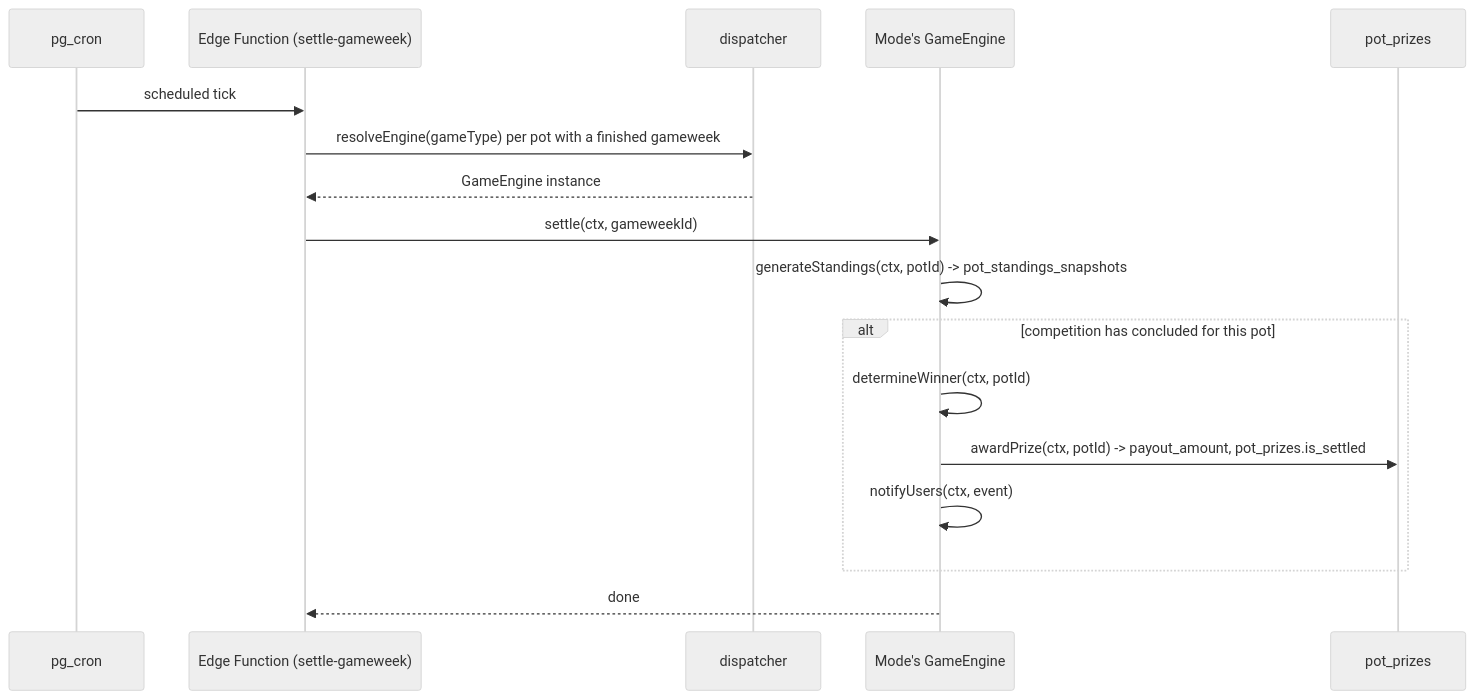
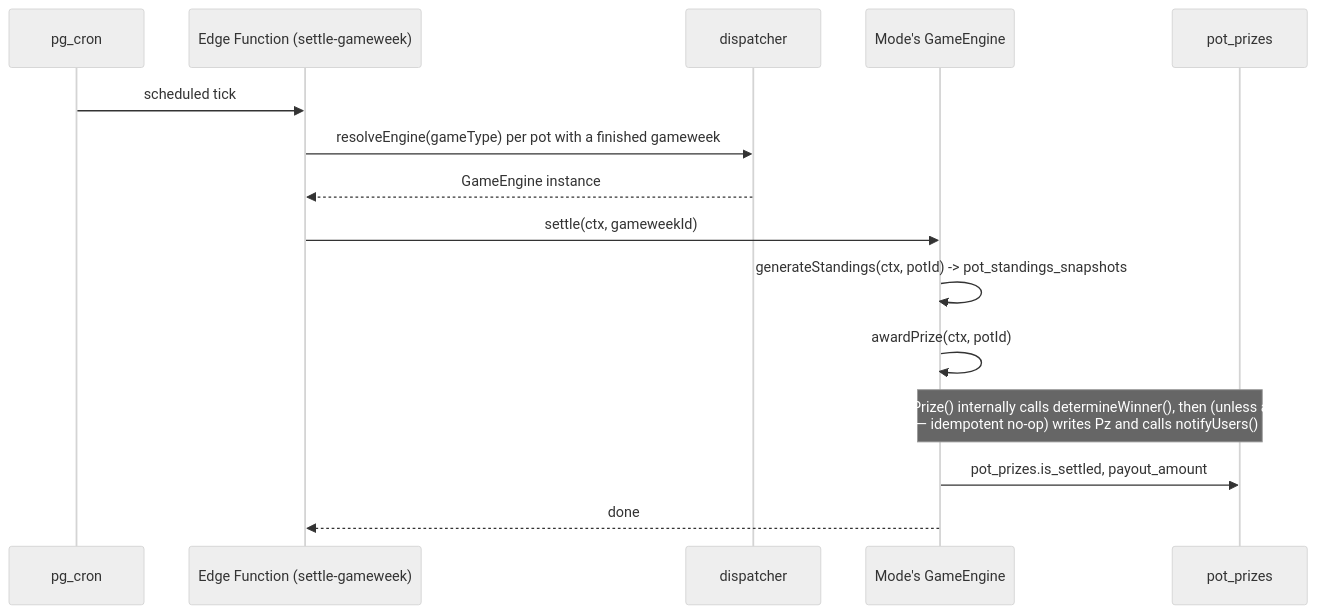
Before and after one commit to BenAlexCre/pl-goals: the fifth of 6 diagrams in docs/game-engine.md, drawn with Mermaid (neutral theme). The commit also changed other lines of this file and 7 other files, not shown here.

````diff
--- a/docs/game-engine.md
+++ b/docs/game-engine.md
@@ -611,20 +626,18 @@
 ```mermaid
 sequenceDiagram
   participant Cron as pg_cron
   participant EF as Edge Function (settle-gameweek)
   participant D as dispatcher
   participant GE as Mode's GameEngine
   participant Pz as pot_prizes
 
   Cron->>EF: scheduled tick
   EF->>D: resolveEngine(gameType) per pot with a finished gameweek
   D-->>EF: GameEngine instance
   EF->>GE: settle(ctx, gameweekId)
   GE->>GE: generateStandings(ctx, potId) -> pot_standings_snapshots
-  alt competition has concluded for this pot
-    GE->>GE: determineWinner(ctx, potId)
-    GE->>Pz: awardPrize(ctx, potId) -> payout_amount, pot_prizes.is_settled
-    GE->>GE: notifyUsers(ctx, event)
-  end
+  GE->>GE: awardPrize(ctx, potId)
+  Note over GE,Pz: awardPrize() internally calls determineWinner(), then (unless already<br/>is_settled — idempotent no-op) writes Pz and calls notifyUsers() per winner
+  GE->>Pz: pot_prizes.is_settled, payout_amount
   GE-->>EF: done
 ```
````
